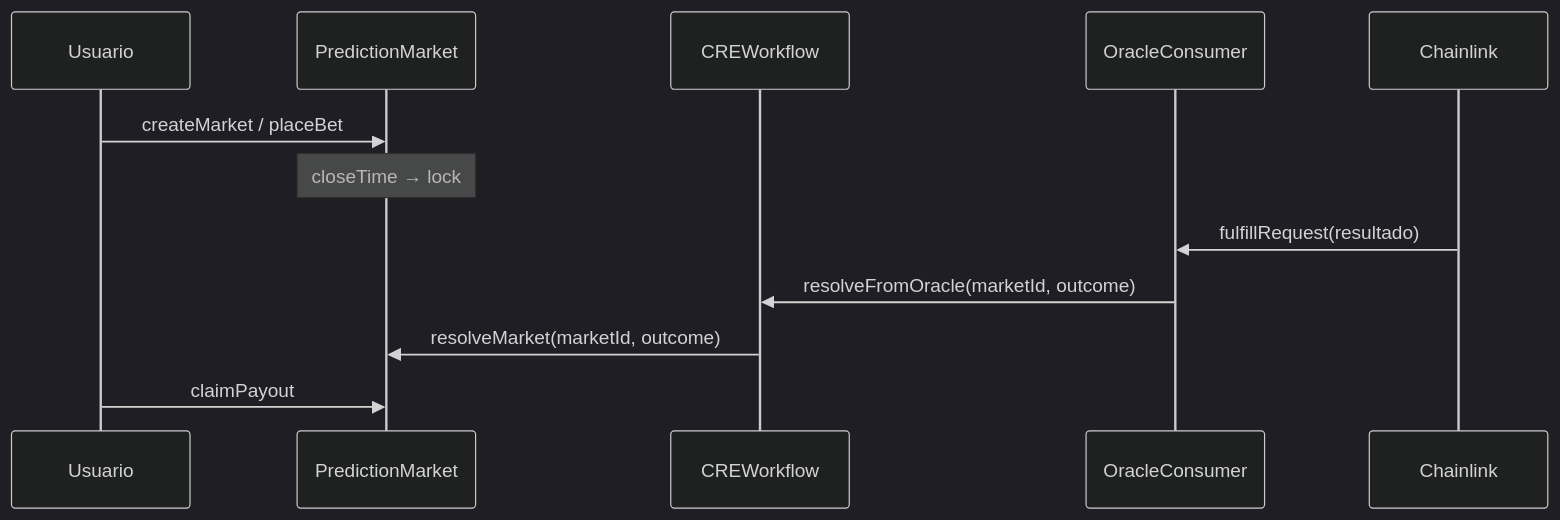
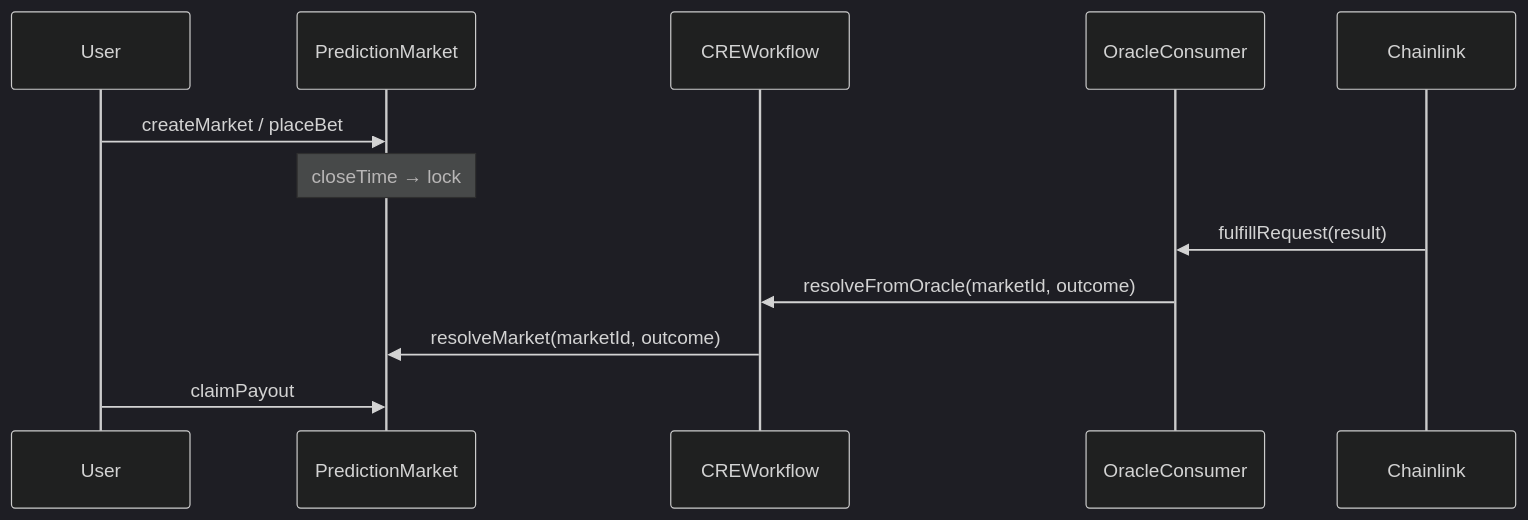
The second of 5 diagrams in docs/architecture-and-design.md (Quantumquirkz/PraesagiumChain), drawn with Mermaid (dark theme) before and after one commit. The commit also changed other lines of this file and 5 other files, not shown here.

````diff
--- a/docs/architecture-and-design.md
+++ b/docs/architecture-and-design.md
@@ -73,15 +85,15 @@
 ```mermaid
 sequenceDiagram
-    participant U as Usuario
+    participant U as User
     participant PM as PredictionMarket
     participant CRE as CREWorkflow
     participant OC as OracleConsumer
     participant CL as Chainlink
 
     U->>PM: createMarket / placeBet
     Note over PM: closeTime → lock
-    CL->>OC: fulfillRequest(resultado)
+    CL->>OC: fulfillRequest(result)
     OC->>CRE: resolveFromOracle(marketId, outcome)
     CRE->>PM: resolveMarket(marketId, outcome)
     U->>PM: claimPayout
 ```
````
